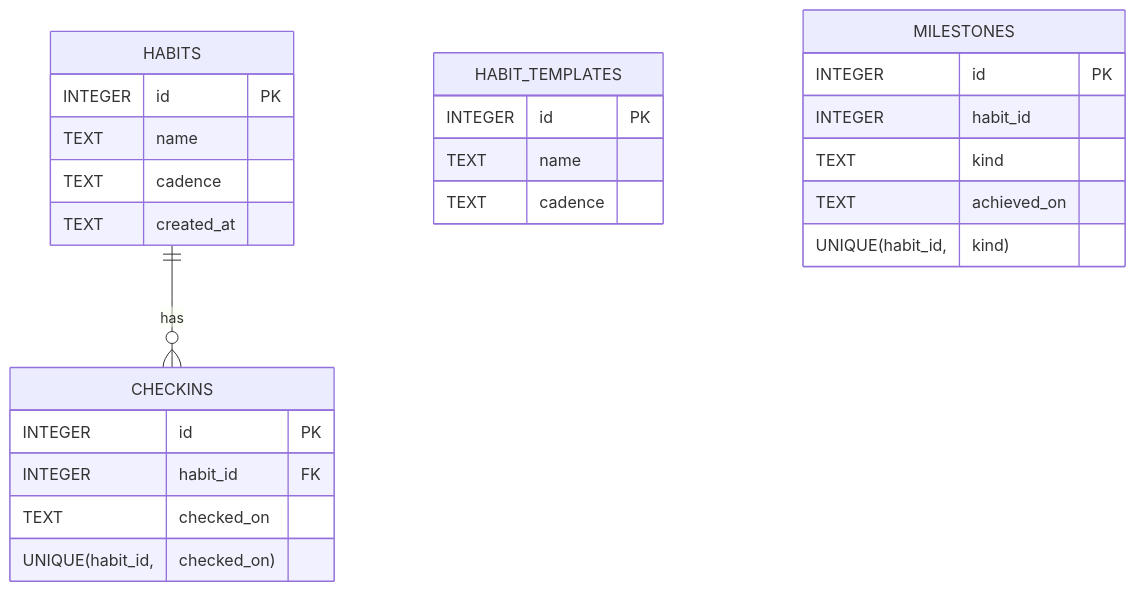
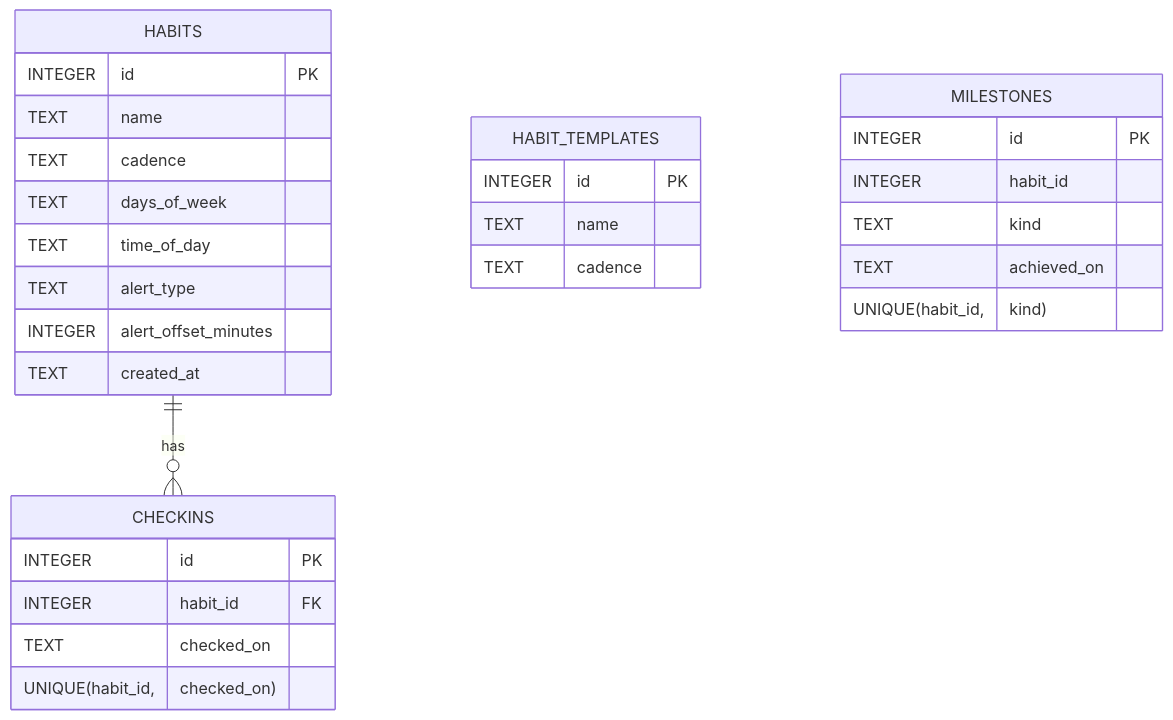
One commit to NikitaDjandjgava/Devops_Habit_Tracker changed the second of 2 diagrams in REPORT.md. Above: the diagram before and after it, drawn with Mermaid. The commit also changed other lines of this file and 15 other files, not shown here.

````diff
--- a/REPORT.md
+++ b/REPORT.md
@@ -49,32 +49,36 @@
 ```mermaid
 erDiagram
     HABITS ||--o{ CHECKINS : has
 
     HABITS {
         INTEGER id PK
         TEXT name
         TEXT cadence
+        TEXT days_of_week
+        TEXT time_of_day
+        TEXT alert_type
+        INTEGER alert_offset_minutes
         TEXT created_at
     }
 
     CHECKINS {
         INTEGER id PK
         INTEGER habit_id FK
         TEXT checked_on
         UNIQUE(habit_id, checked_on)
     }
 
     HABIT_TEMPLATES {
         INTEGER id PK
         TEXT name
         TEXT cadence
     }
 
     MILESTONES {
         INTEGER id PK
         INTEGER habit_id
         TEXT kind
         TEXT achieved_on
         UNIQUE(habit_id, kind)
     }
 ```
````
